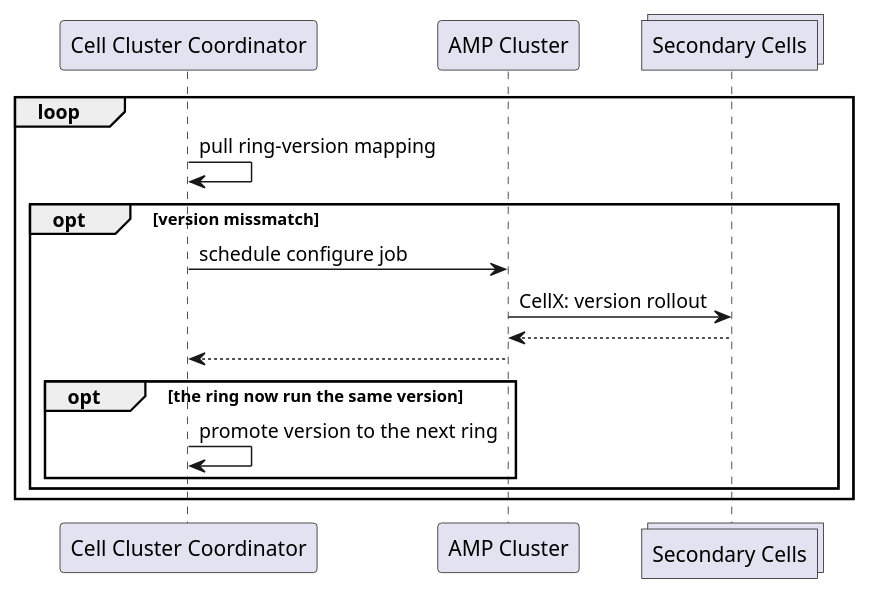
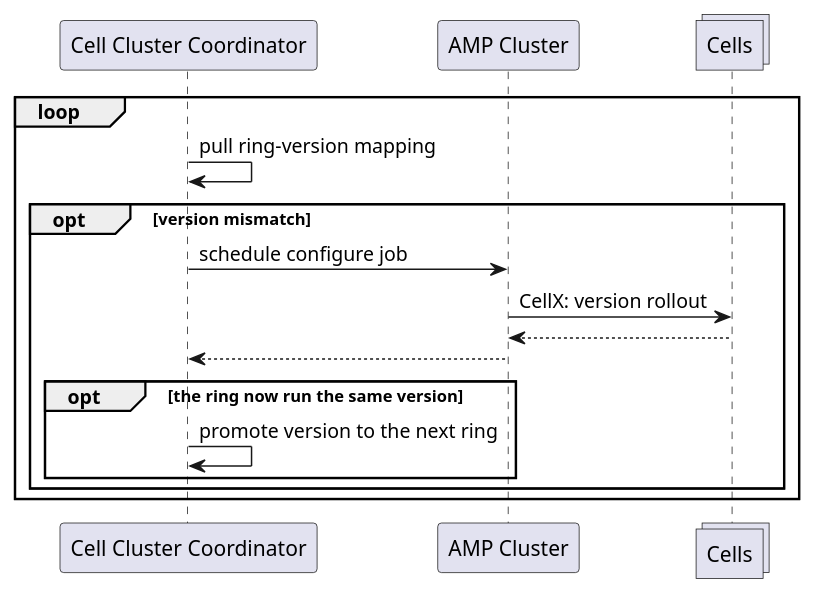
Before and after one commit to secretstartups/handbook: the eighth of 8 diagrams in content/handbook/engineering/architecture/design-documents/cells/infrastructure/deployments.md, drawn with PlantUML. The commit also changed other lines of this file and 8 other files, not shown here.

Commit message:
Rename Primary Cells and Secondary Cells

````diff
--- a/content/handbook/engineering/architecture/design-documents/cells/infrastructure/deployments.md
+++ b/content/handbook/engineering/architecture/design-documents/cells/infrastructure/deployments.md
@@ -433,20 +437,20 @@
 ```plantuml
 @startuml
 participant "Cell Cluster Coordinator" as sb
 participant "AMP Cluster" as AMP
-collections "Secondary Cells" as cells
+collections "Cells" as cells
 
 loop
 sb -> sb: pull ring-version mapping
-opt version missmatch
+opt version mismatch
 sb -> AMP: schedule configure job
 AMP -> cells: CellX: version rollout
 cells --> AMP
 AMP --> sb
 opt the ring now run the same version
 sb -> sb: promote version to the next ring
 end
 end
 end
 @enduml
 ```
````
